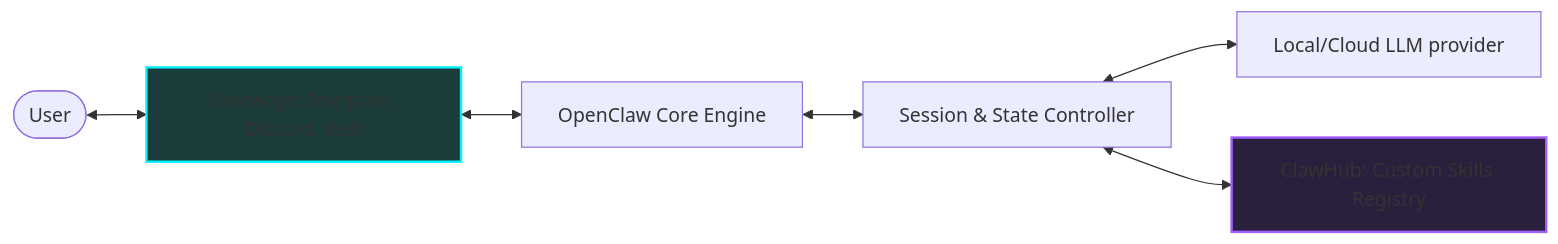
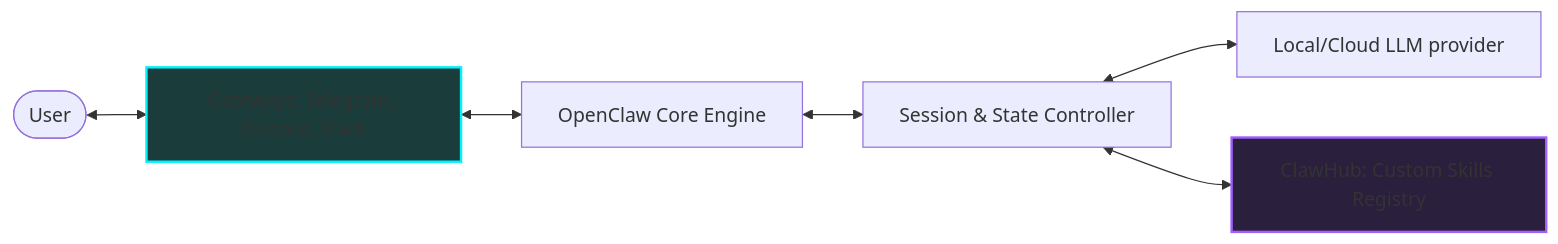
One commit to narenandu/narenvadapalli_dot_com changed the diagram in contents/blog/0051-openclaw-self-hosted-ai-butler/index.md. Above: the diagram before and after it, drawn with Mermaid. The commit also changed other lines of this file, not shown here.

````diff
--- a/contents/blog/0051-openclaw-self-hosted-ai-butler/index.md
+++ b/contents/blog/0051-openclaw-self-hosted-ai-butler/index.md
@@ -31,11 +31,11 @@
 ```mermaid
 graph LR
-    User([User]) <--> Gateway[Gateways: Telegram, Discord, Web]
+    User([User]) <--> Gateway[Gateways: Telegram, Discord, Slack]
     Gateway <--> Engine[OpenClaw Core Engine]
     Engine <--> Controller[Session & State Controller]
     Controller <--> LLM[Local/Cloud LLM provider]
     Controller <--> ClawHub[ClawHub: Custom Skills Registry]
     
     style Gateway fill:#1a3d3c,stroke:#00f2fe,stroke-width:2px;
     style ClawHub fill:#2a1f3d,stroke:#a15eff,stroke-width:2px;
 ```
````
